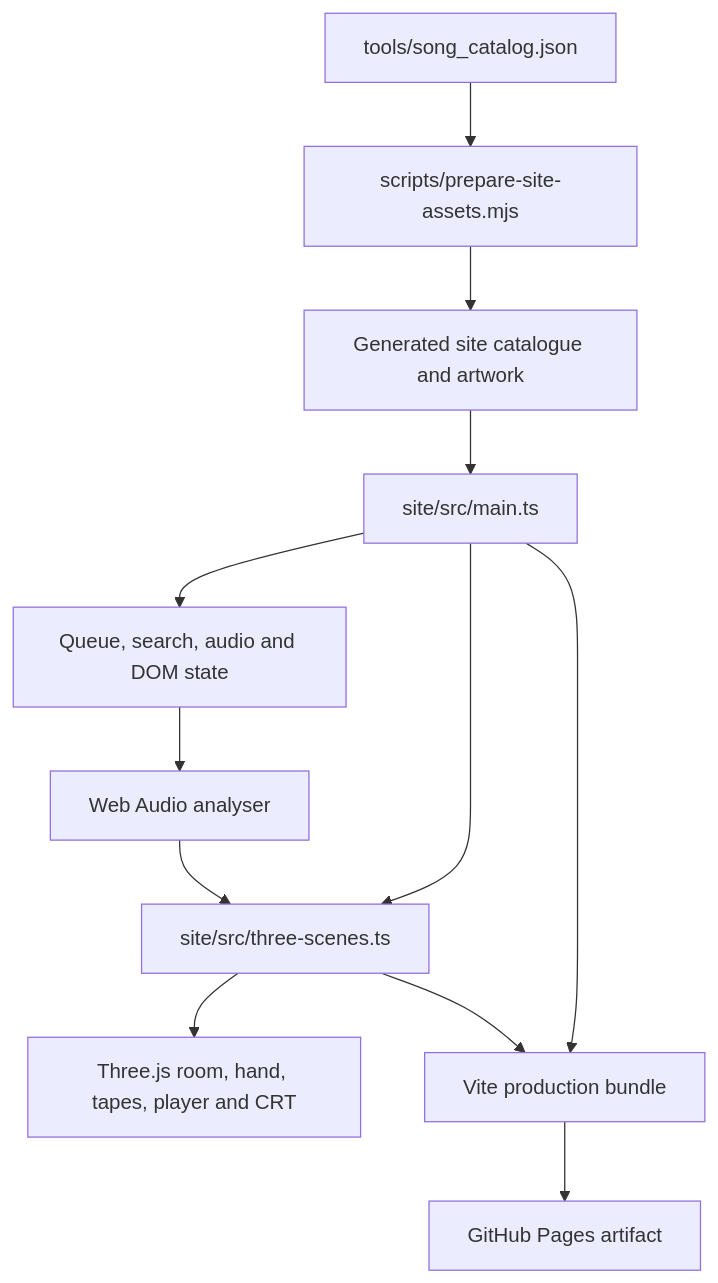
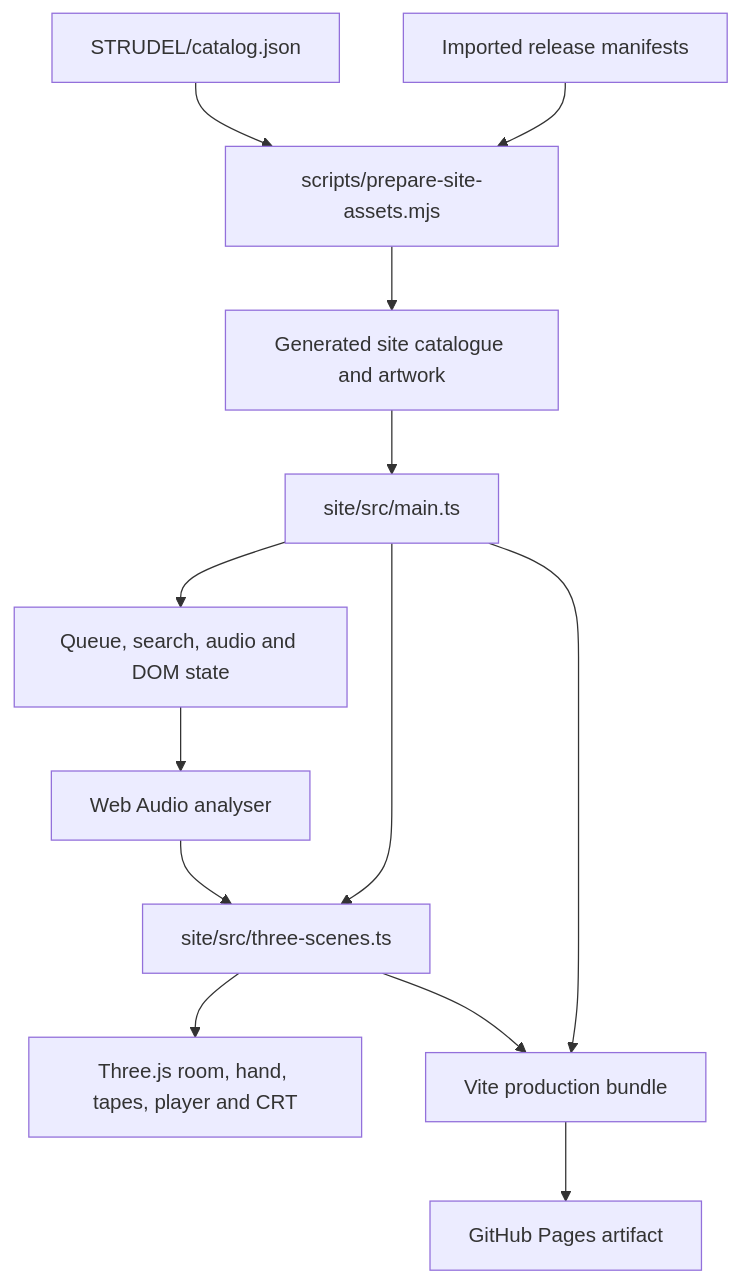
Before and after one commit to Zanark/SubwooferLullabies: the second of 2 diagrams in docs/website.md, drawn with Mermaid. The commit also changed other lines of this file and 77 other files, not shown here.

````diff
--- a/docs/website.md
+++ b/docs/website.md
@@ -234,25 +236,27 @@
 ```mermaid
 flowchart TB
-    A[tools/song_catalog.json]
+    A[STRUDEL/catalog.json]
+    K[Imported release manifests]
     B[scripts/prepare-site-assets.mjs]
     C[Generated site catalogue and artwork]
     D[site/src/main.ts]
     E[Queue, search, audio and DOM state]
     F[site/src/three-scenes.ts]
     G[Three.js room, hand, tapes, player and CRT]
     H[Web Audio analyser]
     I[Vite production bundle]
     J[GitHub Pages artifact]
 
     A --> B
+    K --> B
     B --> C
     C --> D
     D --> E
     D --> F
     E --> H
     H --> F
     F --> G
     D --> I
     F --> I
     I --> J
 ```
````
